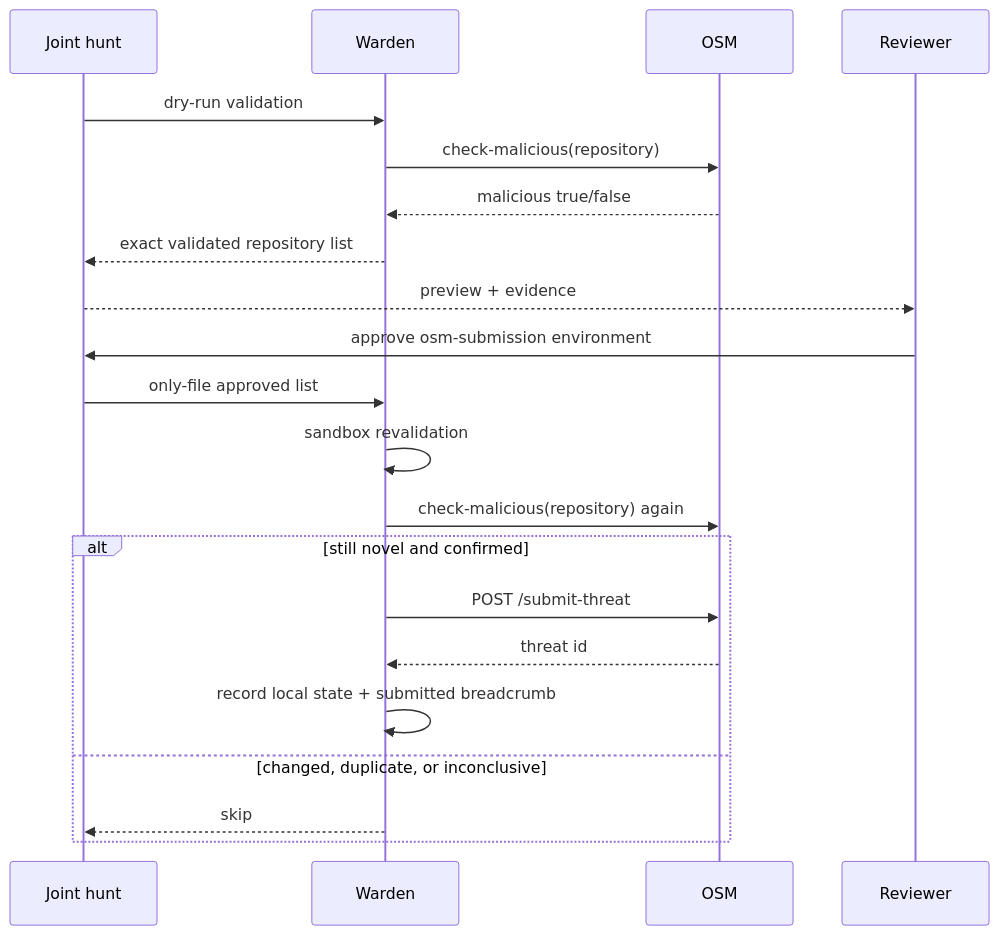
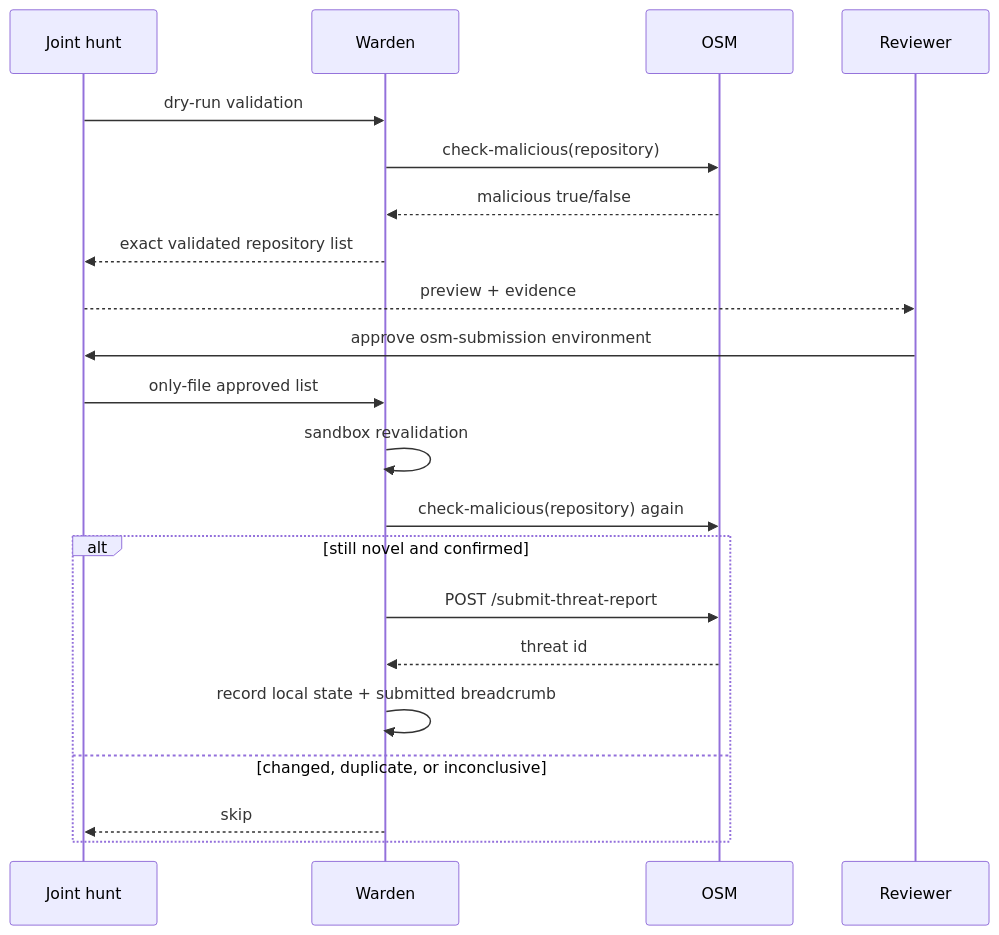
The diagram in docs/submit.md (OpenSource-For-Freedom/git_warden), drawn with Mermaid before and after one commit. The commit also changed other lines of this file and 7 other files, not shown here.

````diff
--- a/docs/submit.md
+++ b/docs/submit.md
@@ -43,24 +44,24 @@
 ```mermaid
 sequenceDiagram
     participant H as Joint hunt
     participant W as Warden
     participant O as OSM
     participant R as Reviewer
 
     H->>W: dry-run validation
     W->>O: check-malicious(repository)
     O-->>W: malicious true/false
     W-->>H: exact validated repository list
     H-->>R: preview + evidence
     R->>H: approve osm-submission environment
     H->>W: only-file approved list
     W->>W: sandbox revalidation
     W->>O: check-malicious(repository) again
     alt still novel and confirmed
-        W->>O: POST /submit-threat
+        W->>O: POST /submit-threat-report
         O-->>W: threat id
         W->>W: record local state + submitted breadcrumb
     else changed, duplicate, or inconclusive
         W-->>H: skip
     end
 ```
````
